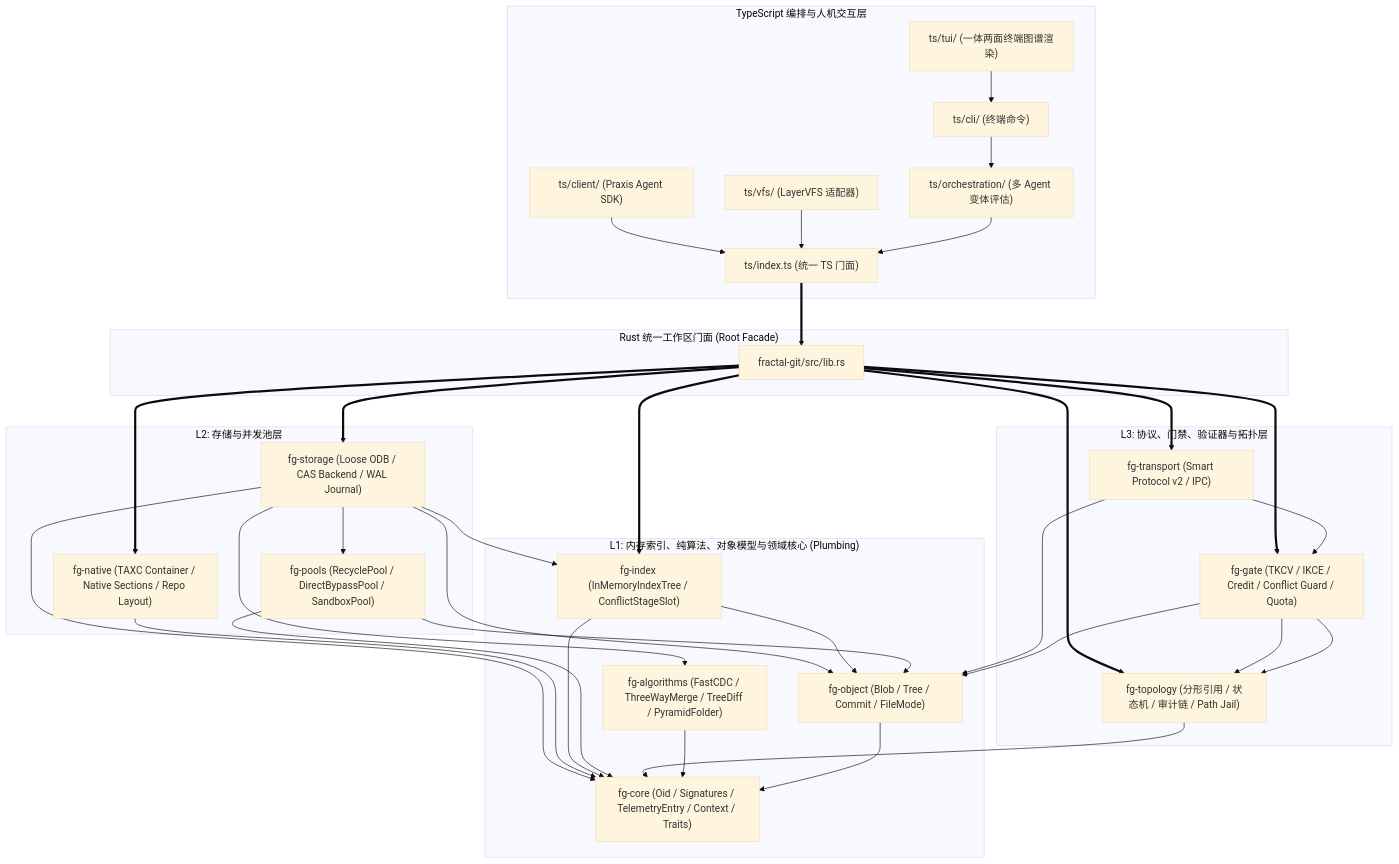
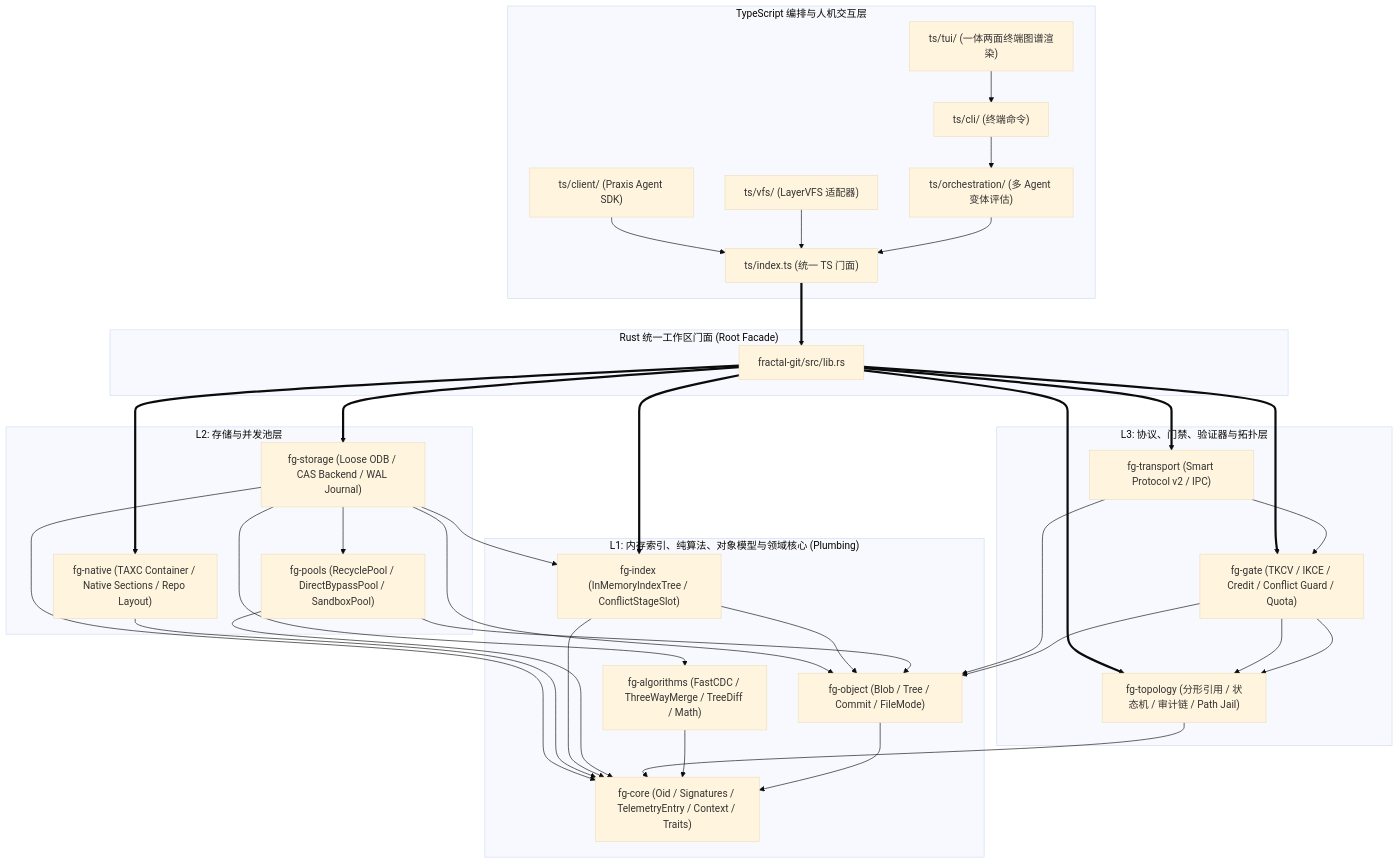
One commit to guilingzhouyi-creator/vscode-extensions changed the diagram in fractal-git/docs/DIRECTORY_SPEC.md. Above: the diagram before and after it, drawn with Mermaid (base theme). The commit also changed 4 other files, not shown here.

````diff
--- a/fractal-git/docs/DIRECTORY_SPEC.md
+++ b/fractal-git/docs/DIRECTORY_SPEC.md
@@ -35,68 +35,68 @@
 ```mermaid
 flowchart TD
   subgraph TS_LAYER["TypeScript 编排与人机交互层"]
     CLIENT["ts/client/ (Praxis Agent SDK)"]
     VFS["ts/vfs/ (LayerVFS 适配器)"]
     TUI["ts/tui/ (一体两面终端图谱渲染)"]
     ORCH["ts/orchestration/ (多 Agent 变体评估)"]
     CLI["ts/cli/ (终端命令)"]
     TS_FACADE["ts/index.ts (统一 TS 门面)"]
     CLIENT --> TS_FACADE
     VFS --> TS_FACADE
     TUI --> CLI --> ORCH --> TS_FACADE
   end
 
   subgraph ROOT_RUST["Rust 统一工作区门面 (Root Facade)"]
     ROOT_LIB["fractal-git/src/lib.rs"]
   end
 
   subgraph LAYER_TOP["L3: 协议、门禁、验证器与拓扑层"]
     TRANSPORT["fg-transport (Smart Protocol v2 / IPC)"]
     GATE["fg-gate (TKCV / IKCE / Credit / Conflict Guard / Quota)"]
     TOPOLOGY["fg-topology (分形引用 / 状态机 / 审计链 / Path Jail)"]
   end
 
   subgraph LAYER_STORAGE["L2: 存储与并发池层"]
     STORAGE["fg-storage (Loose ODB / CAS Backend / WAL Journal)"]
     NATIVE["fg-native (TAXC Container / Native Sections / Repo Layout)"]
     POOLS["fg-pools (RecyclePool / DirectBypassPool / SandboxPool)"]
   end
 
   subgraph LAYER_LEAF["L1: 内存索引、纯算法、对象模型与领域核心 (Plumbing)"]
     INDEX["fg-index (InMemoryIndexTree / ConflictStageSlot)"]
-    ALGO["fg-algorithms (FastCDC / ThreeWayMerge / TreeDiff / PyramidFolder)"]
+    ALGO["fg-algorithms (FastCDC / ThreeWayMerge / TreeDiff / Math)"]
     OBJECT["fg-object (Blob / Tree / Commit / FileMode)"]
     CORE["fg-core (Oid / Signatures / TelemetryEntry / Context / Traits)"]
   end
 
   TS_FACADE ==> ROOT_LIB
   ROOT_LIB ==> TRANSPORT
   ROOT_LIB ==> GATE
   ROOT_LIB ==> STORAGE
   ROOT_LIB ==> NATIVE
   ROOT_LIB ==> TOPOLOGY
   ROOT_LIB ==> INDEX
 
   TRANSPORT --> GATE --> TOPOLOGY
   TRANSPORT --> OBJECT
   GATE --> OBJECT
   GATE --> TOPOLOGY
 
   STORAGE --> INDEX
   STORAGE --> POOLS
   STORAGE --> ALGO
   STORAGE --> OBJECT
   STORAGE --> CORE
 
   NATIVE --> CORE
 
   INDEX --> OBJECT
   INDEX --> CORE
 
   POOLS --> OBJECT
   POOLS --> CORE
 
   TOPOLOGY --> CORE
   ALGO --> CORE
   OBJECT --> CORE
 ```
````
